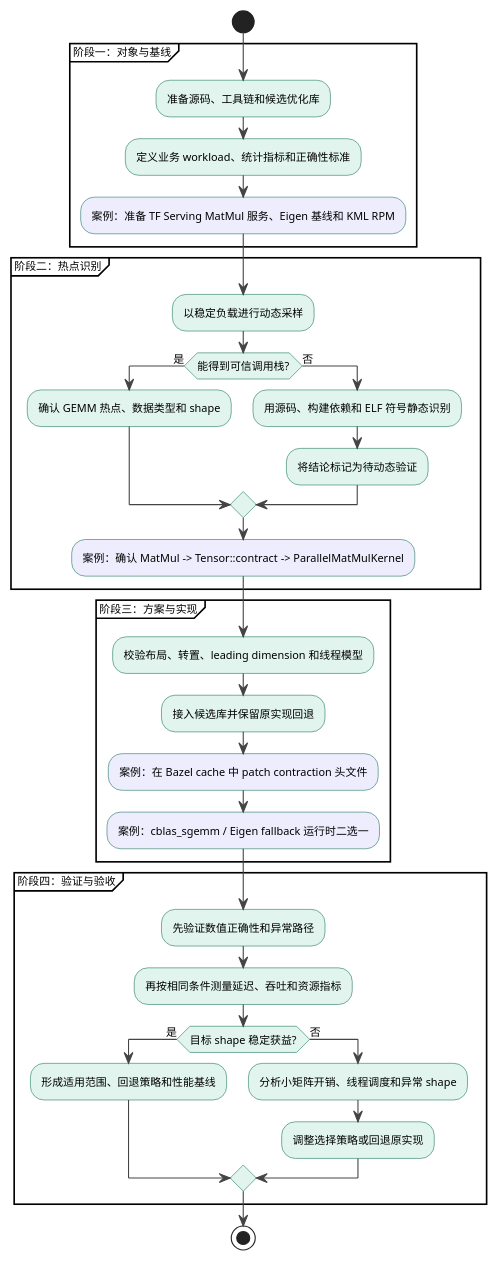
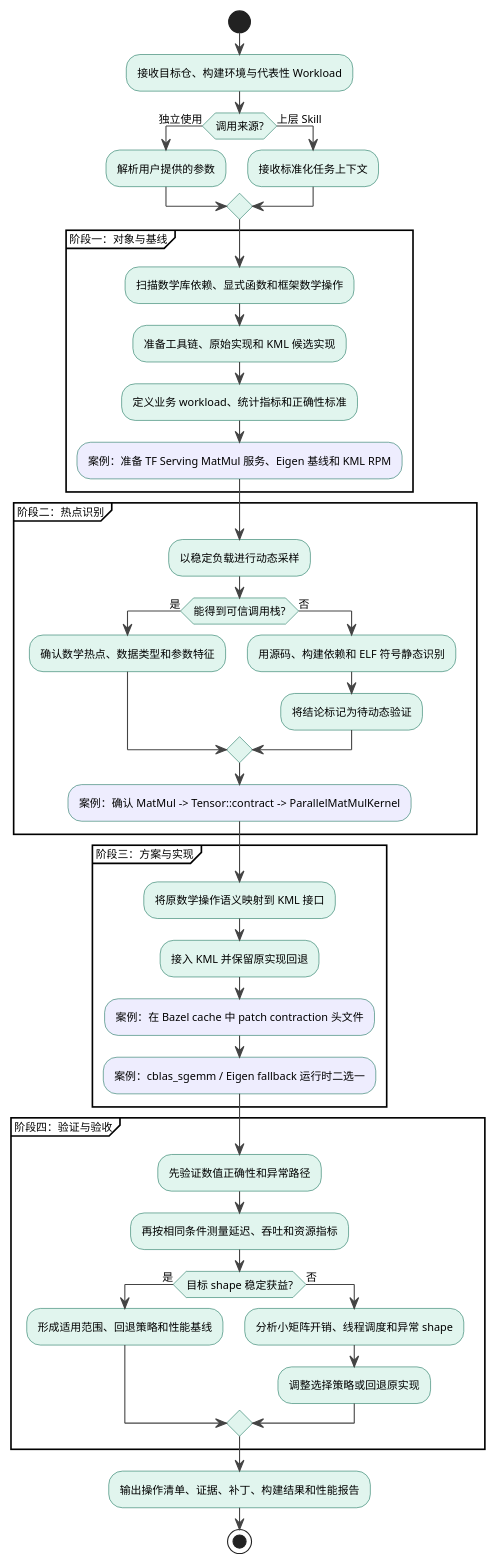
One commit to wlmnzf40/kblas-gemm-tuning changed the first of 6 diagrams in references/detailed-design.md. Above: the diagram before and after it, drawn with PlantUML. The commit also changed other lines of this file, not shown here.

Commit message:
docs: clarify KML affinity skill purpose

````diff
--- a/references/detailed-design.md
+++ b/references/detailed-design.md
@@ -37,50 +50,58 @@
 ```plantuml
 @startuml
 skinparam defaultFontName "Microsoft YaHei"
 skinparam defaultFontSize 10
 skinparam ActivityBackgroundColor #E1F5EE
 skinparam ActivityBorderColor #0F6E56
 skinparam ArrowColor #444444
 skinparam DiamondBackgroundColor #FAEEDA
 skinparam DiamondBorderColor #854F0B
 
 start
+:接收目标仓、构建环境与代表性 Workload;
+if (调用来源?) then (独立使用)
+  :解析用户提供的参数;
+else (上层 Skill)
+  :接收标准化任务上下文;
+endif
 
 partition "阶段一：对象与基线" {
-  :准备源码、工具链和候选优化库;
+  :扫描数学库依赖、显式函数和框架数学操作;
+  :准备工具链、原始实现和 KML 候选实现;
   :定义业务 workload、统计指标和正确性标准;
   #EEEDFE:案例：准备 TF Serving MatMul 服务、Eigen 基线和 KML RPM;
 }
 
 partition "阶段二：热点识别" {
   :以稳定负载进行动态采样;
   if (能得到可信调用栈?) then (是)
-    :确认 GEMM 热点、数据类型和 shape;
+    :确认数学热点、数据类型和参数特征;
   else (否)
     :用源码、构建依赖和 ELF 符号静态识别;
     :将结论标记为待动态验证;
   endif
   #EEEDFE:案例：确认 MatMul -> Tensor::contract -> ParallelMatMulKernel;
 }
 
 partition "阶段三：方案与实现" {
-  :校验布局、转置、leading dimension 和线程模型;
-  :接入候选库并保留原实现回退;
+  :将原数学操作语义映射到 KML 接口;
+  :接入 KML 并保留原实现回退;
   #EEEDFE:案例：在 Bazel cache 中 patch contraction 头文件;
   #EEEDFE:案例：cblas_sgemm / Eigen fallback 运行时二选一;
 }
 
 partition "阶段四：验证与验收" {
   :先验证数值正确性和异常路径;
   :再按相同条件测量延迟、吞吐和资源指标;
   if (目标 shape 稳定获益?) then (是)
     :形成适用范围、回退策略和性能基线;
   else (否)
     :分析小矩阵开销、线程调度和异常 shape;
     :调整选择策略或回退原实现;
   endif
 }
 
+:输出操作清单、证据、补丁、构建结果和性能报告;
 stop
 @enduml
 ```
````
